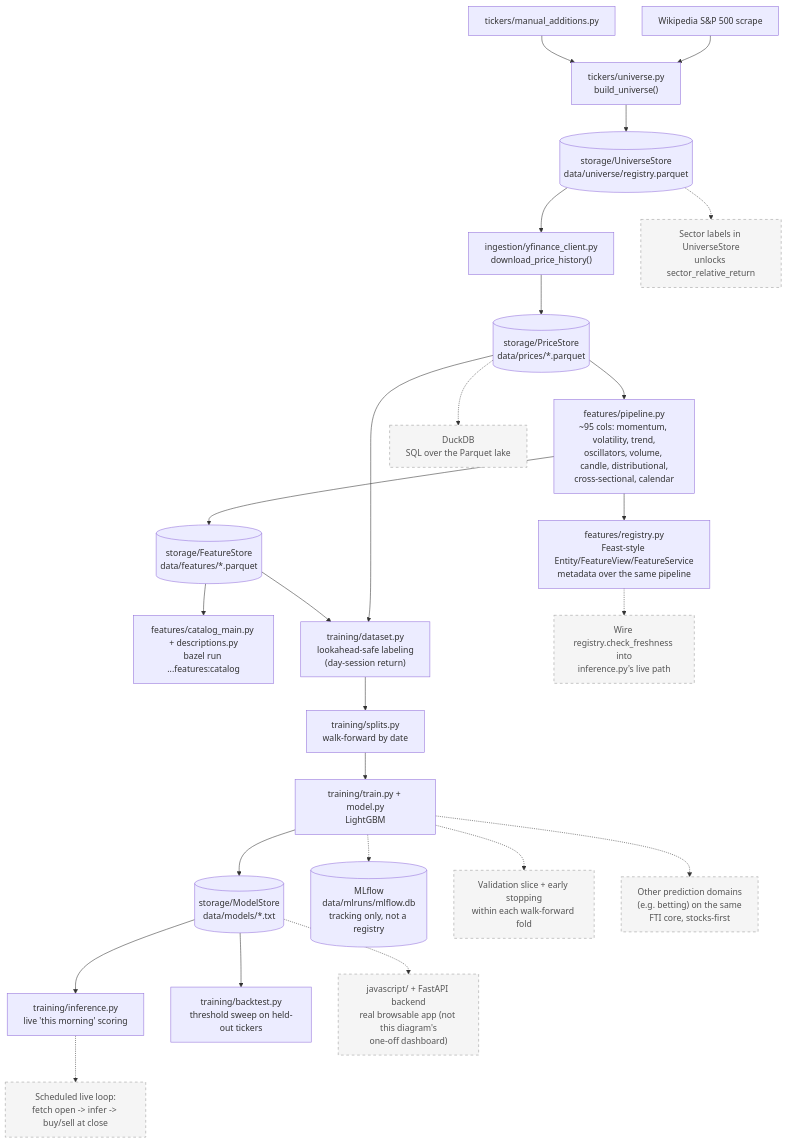
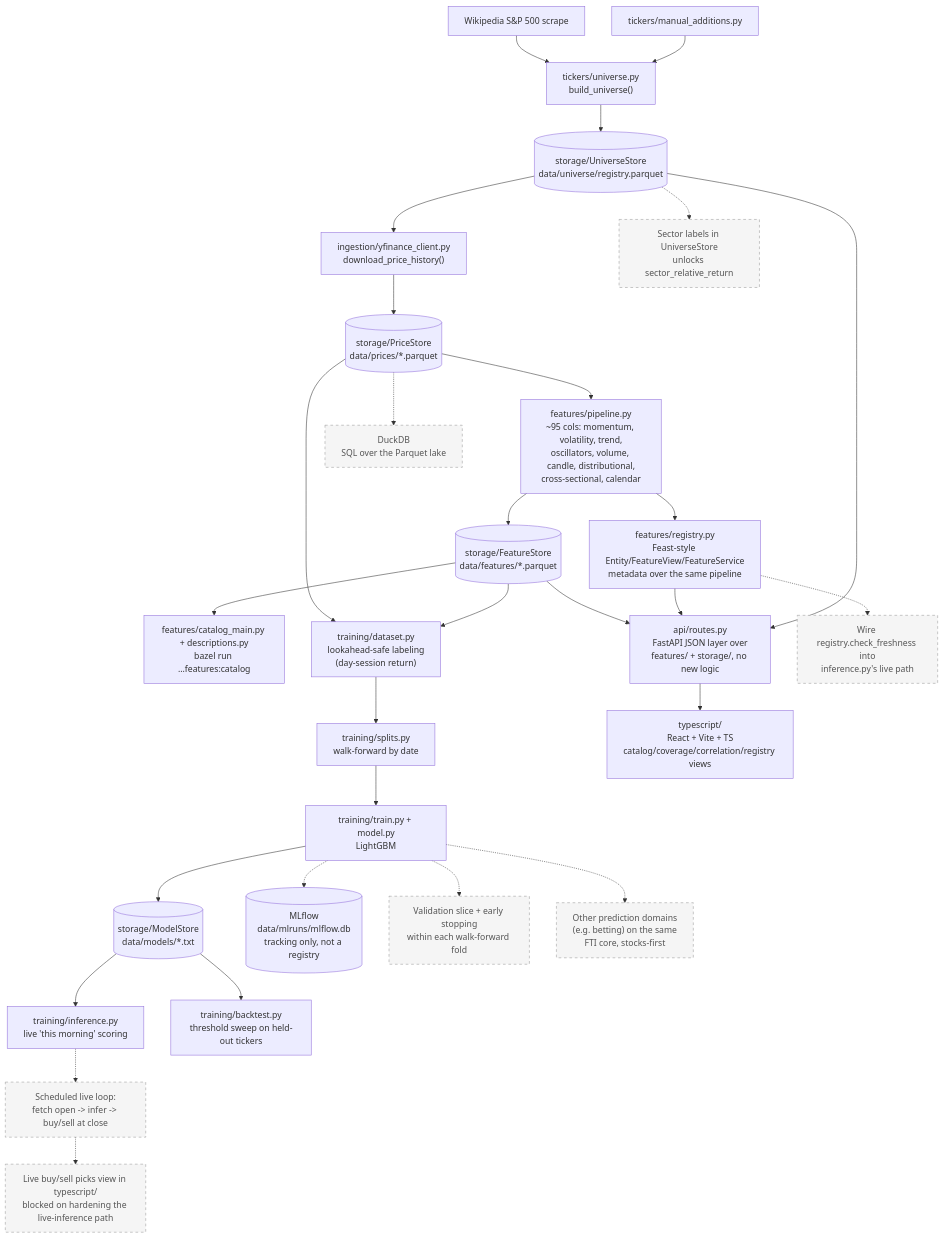
Before and after one commit to fartzy/stock-picker: the diagram in README.md, drawn with Mermaid. The commit also changed other lines of this file and 45 other files, not shown here.

First line of the commit message:
Add React+FastAPI web app, Bazel-integrated end-to-end (#4)

````diff
--- a/README.md
+++ b/README.md
@@ -11,59 +11,66 @@
 ```mermaid
 flowchart TB
     WIKI["Wikipedia S&amp;P 500 scrape"]
     MANUAL["tickers/manual_additions.py"]
     BUILDUNIV["tickers/universe.py<br/>build_universe()"]
     YF["ingestion/yfinance_client.py<br/>download_price_history()"]
 
     US[("storage/UniverseStore<br/>data/universe/registry.parquet")]
     PS[("storage/PriceStore<br/>data/prices/*.parquet")]
     FS[("storage/FeatureStore<br/>data/features/*.parquet")]
     MS[("storage/ModelStore<br/>data/models/*.txt")]
 
     FEATPIPE["features/pipeline.py<br/>~95 cols: momentum, volatility, trend,<br/>oscillators, volume, candle, distributional,<br/>cross-sectional, calendar"]
     CATALOG["features/catalog_main.py + descriptions.py<br/>bazel run ...features:catalog"]
     REGISTRY["features/registry.py<br/>Feast-style Entity/FeatureView/FeatureService<br/>metadata over the same pipeline"]
 
     DATASET["training/dataset.py<br/>lookahead-safe labeling<br/>(day-session return)"]
     SPLITS["training/splits.py<br/>walk-forward by date"]
     TRAIN["training/train.py + model.py<br/>LightGBM"]
     INFER["training/inference.py<br/>live 'this morning' scoring"]
     BACKTEST["training/backtest.py<br/>threshold sweep on held-out tickers"]
     MLFLOW[("MLflow<br/>data/mlruns/mlflow.db<br/>tracking only, not a registry")]
 
+    API["api/routes.py<br/>FastAPI JSON layer over<br/>features/ + storage/, no new logic"]
+    WEB["typescript/<br/>React + Vite + TS<br/>catalog/coverage/correlation/registry views"]
+
     WIKI --> BUILDUNIV
     MANUAL --> BUILDUNIV
     BUILDUNIV --> US
     US --> YF
     YF --> PS
     PS --> FEATPIPE
     FEATPIPE --> FS
     PS --> DATASET
     FS --> DATASET
     DATASET --> SPLITS --> TRAIN
     TRAIN --> MS
     TRAIN -.-> MLFLOW
     MS --> INFER
     MS --> BACKTEST
     FS --> CATALOG
     FEATPIPE --> REGISTRY
+    FS --> API
+    REGISTRY --> API
+    US --> API
+    API --> WEB
 
     SECTOR["Sector labels in UniverseStore<br/>unlocks sector_relative_return"]
     VALSET["Validation slice + early stopping<br/>within each walk-forward fold"]
     TTLCHECK["Wire registry.check_freshness into<br/>inference.py's live path"]
     DUCKDB["DuckDB<br/>SQL over the Parquet lake"]
     LIVE["Scheduled live loop:<br/>fetch open -> infer -> buy/sell at close"]
-    WEBUI["javascript/ + FastAPI backend<br/>real browsable app (not this diagram's<br/>one-off dashboard)"]
+    PICKS["Live buy/sell picks view in typescript/<br/>blocked on hardening the live-inference path"]
     MULTI["Other prediction domains<br/>(e.g. betting) on the same<br/>FTI core, stocks-first"]
 
     US -.-> SECTOR
     TRAIN -.-> VALSET
     REGISTRY -.-> TTLCHECK
     PS -.-> DUCKDB
     INFER -.-> LIVE
-    MS -.-> WEBUI
+    LIVE -.-> PICKS
     TRAIN -.-> MULTI
 
     classDef planned stroke-dasharray: 5 5,fill:#f5f5f5,stroke:#999,color:#555;
-    class SECTOR,VALSET,TTLCHECK,DUCKDB,LIVE,WEBUI,MULTI planned;
+    class SECTOR,VALSET,TTLCHECK,DUCKDB,LIVE,PICKS,MULTI planned;
 ```
````
